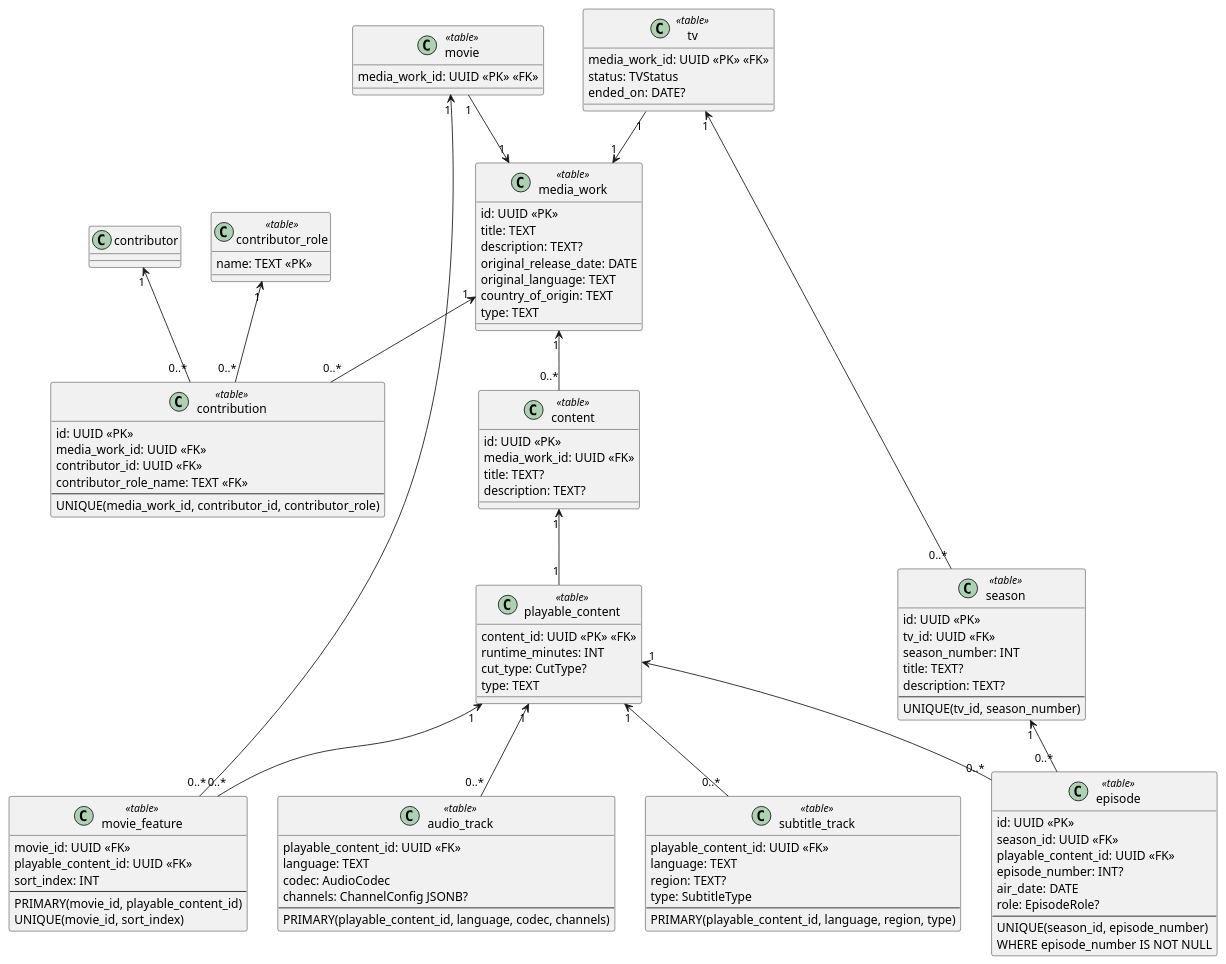
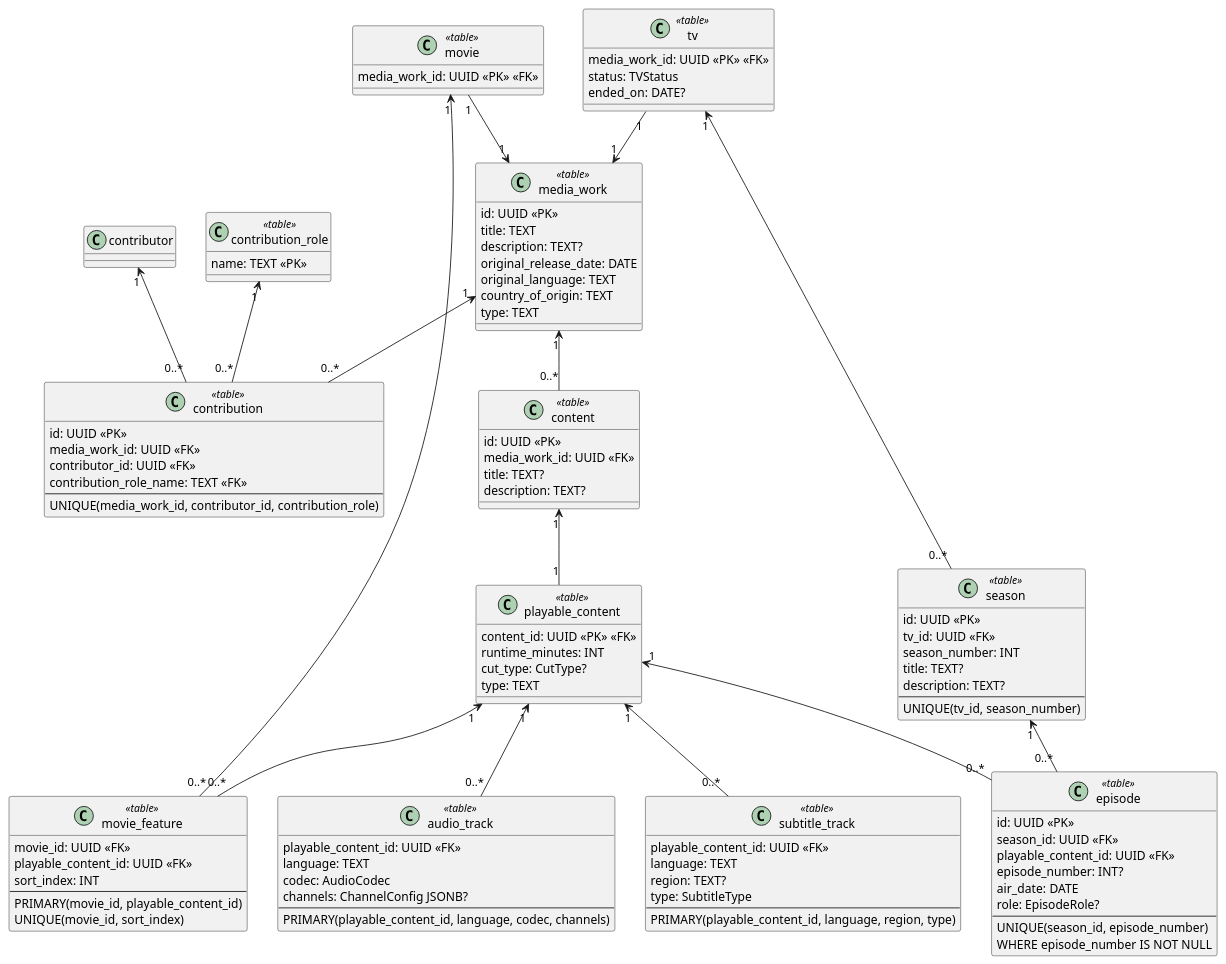
One commit to yantue/colleq changed the diagram in docs/uml/data/media_work.data.puml. Above: the diagram before and after it, drawn with PlantUML. The commit also changed 1 other file, not shown here.

Commit message:
docs: update name contributor role to contribution role

```diff
--- a/docs/uml/data/media_work.data.puml
+++ b/docs/uml/data/media_work.data.puml
@@ -1,134 +1,134 @@
 @startuml
 skinparam classAttributeIconSize 0
 
 ' ===== CORE =====
 class media_work <<table>> {
     id: UUID <<PK>>
     title: TEXT
     description: TEXT?
     original_release_date: DATE
     original_language: TEXT
     country_of_origin: TEXT
     type: TEXT
 }
 
 ' ===== CONTRIBUTIONS =====
 class contribution <<table>> {
     id: UUID <<PK>>
     media_work_id: UUID <<FK>>
     contributor_id: UUID <<FK>>
-    contributor_role_name: TEXT <<FK>>
+    contribution_role_name: TEXT <<FK>>
     --
-    UNIQUE(media_work_id, contributor_id, contributor_role)
+    UNIQUE(media_work_id, contributor_id, contribution_role)
 }
 
 media_work "1" <-- "0..*" contribution
 
-class contributor_role <<table>> {
+class contribution_role <<table>> {
     name: TEXT <<PK>>
 }
 
-contributor_role "1" <-- "0..*" contribution
+contribution_role "1" <-- "0..*" contribution
 
 ' ===== CONTENT =====
 class content <<table>> {
     id: UUID <<PK>>
     media_work_id: UUID <<FK>>
     title: TEXT?
     description: TEXT?
 }
 
 media_work "1" <-- "0..*" content
 
 class playable_content <<table>> {
     content_id: UUID <<PK>> <<FK>>
     runtime_minutes: INT
     cut_type: CutType?
     type: TEXT
 }
 
 content "1" <-- "1" playable_content
 
 class audio_track <<table>> {
     playable_content_id: UUID <<FK>>
     language: TEXT
     codec: AudioCodec
     channels: ChannelConfig JSONB?
     --
     PRIMARY(playable_content_id, language, codec, channels)
 }
 
 playable_content "1" <-- "0..*" audio_track
 
 
 
 class subtitle_track <<table>> {
     playable_content_id: UUID <<FK>>
     language: TEXT
     region: TEXT?
     type: SubtitleType
     --
     PRIMARY(playable_content_id, language, region, type)
 }
 
 playable_content "1" <-- "0..*" subtitle_track
 
 ' ===== MOVIE =====
 class movie <<table>> {
     media_work_id: UUID <<PK>> <<FK>>
 }
 
 movie "1" --> "1" media_work
 
 class movie_feature <<table>> {
      movie_id: UUID <<FK>>
      playable_content_id: UUID <<FK>>
      sort_index: INT
      --
      PRIMARY(movie_id, playable_content_id)
      UNIQUE(movie_id, sort_index)
 }
 
 movie "1" <-- "0..*" movie_feature
 playable_content "1" <-- "0..*" movie_feature
 
 ' ===== TV =====
 class tv <<table>> {
     media_work_id: UUID <<PK>> <<FK>>
     status: TVStatus
     ended_on: DATE?
 }
 
 tv "1" --> "1" media_work
 
 class season <<table>> {
     id: UUID <<PK>>
     tv_id: UUID <<FK>>
     season_number: INT
     title: TEXT?
     description: TEXT?
     --
     UNIQUE(tv_id, season_number)
 }
 
 tv "1" <-- "0..*" season
 
 class episode <<table>> {
     id: UUID <<PK>>
     season_id: UUID <<FK>>
     playable_content_id: UUID <<FK>>
     episode_number: INT?
     air_date: DATE
     role: EpisodeRole?
     --
     UNIQUE(season_id, episode_number)
     WHERE episode_number IS NOT NULL
 }
 
 season "1" <-- "0..*" episode
 playable_content "1" <-- "0..*" episode
 
 ' ===== CROSS-AGGREGATE REFERENCE =====
 contributor "1" <-- "0..*" contribution
 
 @enduml
```
